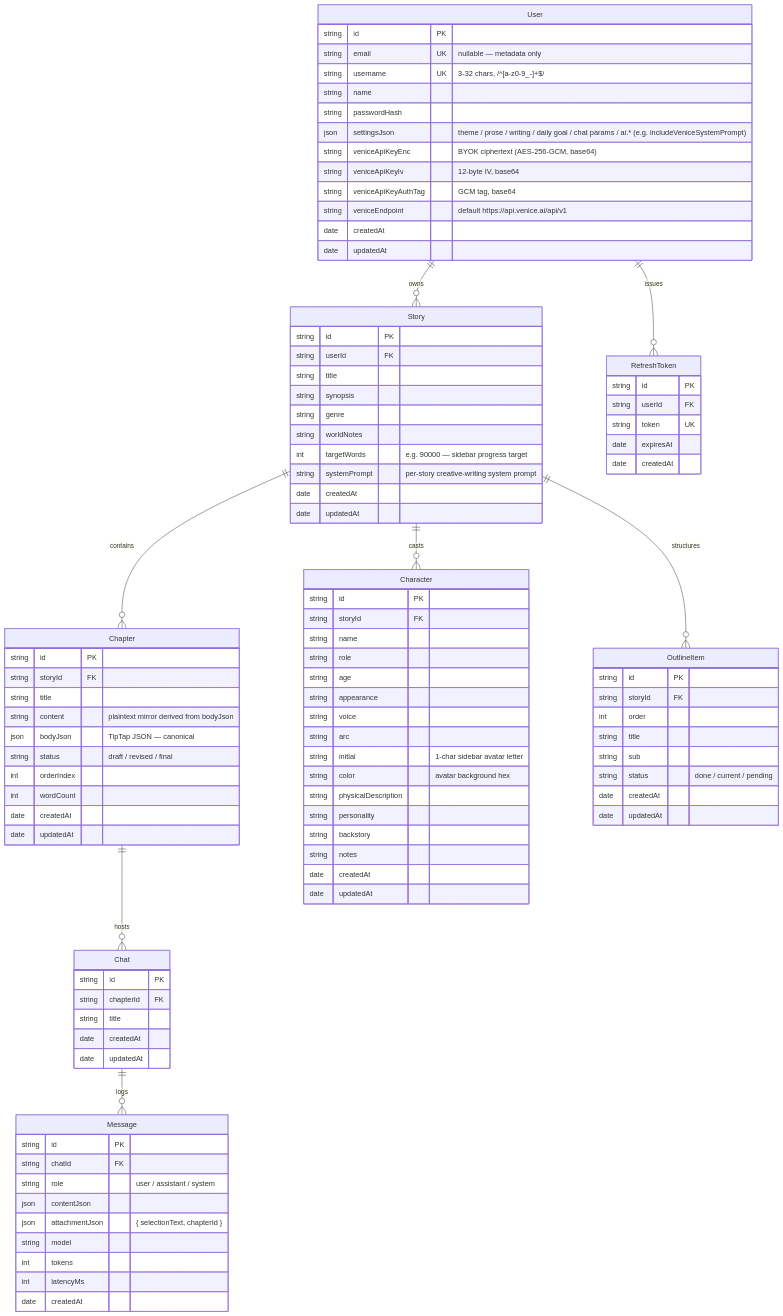
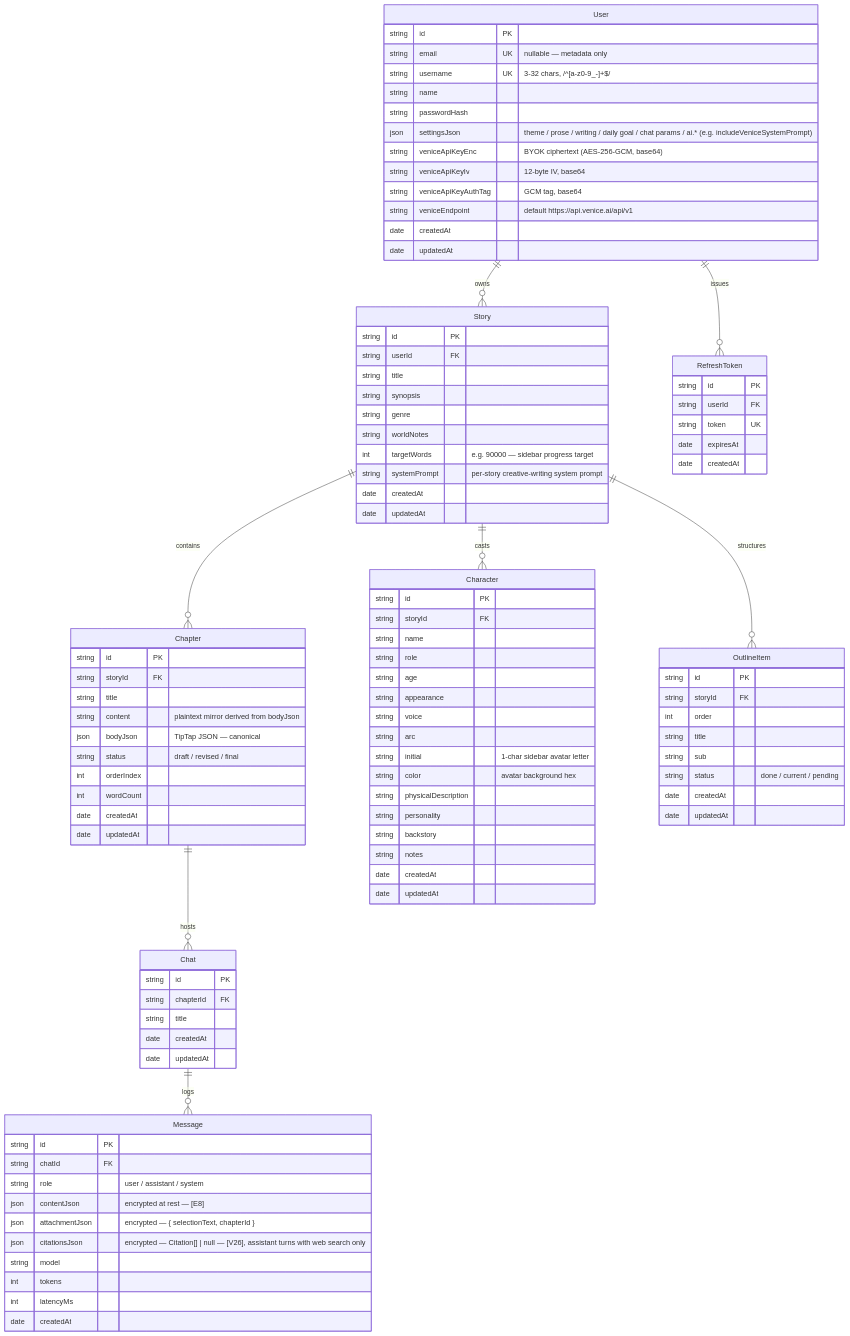
One commit to DoctorKomodo/ai-story-editor changed the diagram in docs/data-model.md. Above: the diagram before and after it, drawn with Mermaid. The commit also changed 9 other files, not shown here.

```diff
--- a/docs/data-model.md
+++ b/docs/data-model.md
@@ -93,8 +93,9 @@
         string  id PK
         string  chatId FK
         string  role "user / assistant / system"
-        json    contentJson
-        json    attachmentJson "{ selectionText, chapterId }"
+        json    contentJson "encrypted at rest — [E8]"
+        json    attachmentJson "encrypted — { selectionText, chapterId }"
+        json    citationsJson "encrypted — Citation[] | null — [V26], assistant turns with web search only"
         string  model
         int     tokens
         int     latencyMs
```
